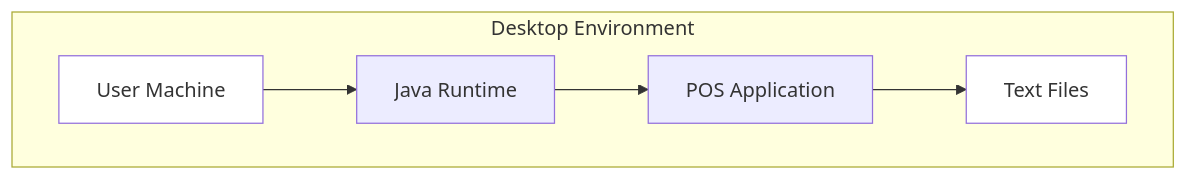
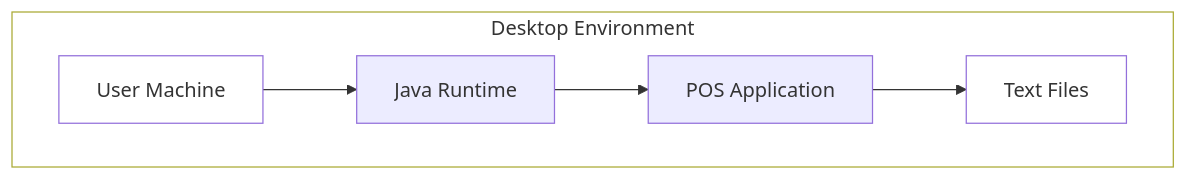
Before and after one commit to MasterOz786/Re-Engineering-POS: diagram 16 of 23 in legacy/DIAGRAMS.md, drawn with Mermaid. The commit also changed other lines of this file, not shown here.

Commit message:
Add white background styles to all subgraphs in diagrams

````diff
--- a/legacy/DIAGRAMS.md
+++ b/legacy/DIAGRAMS.md
@@ -1108,16 +1141,17 @@
 ```mermaid
 graph TB
-    subgraph "Desktop Environment"
+    subgraph INIT34["Desktop Environment"]
         A[User Machine]
         B[Java Runtime]
         C[POS Application]
         D[Text Files]
     end
     
     A --> B
     B --> C
     C --> D
     
     style A fill:#ffffff
     style D fill:#ffffff
+    style INIT34 fill:#ffffff
 ```
````
